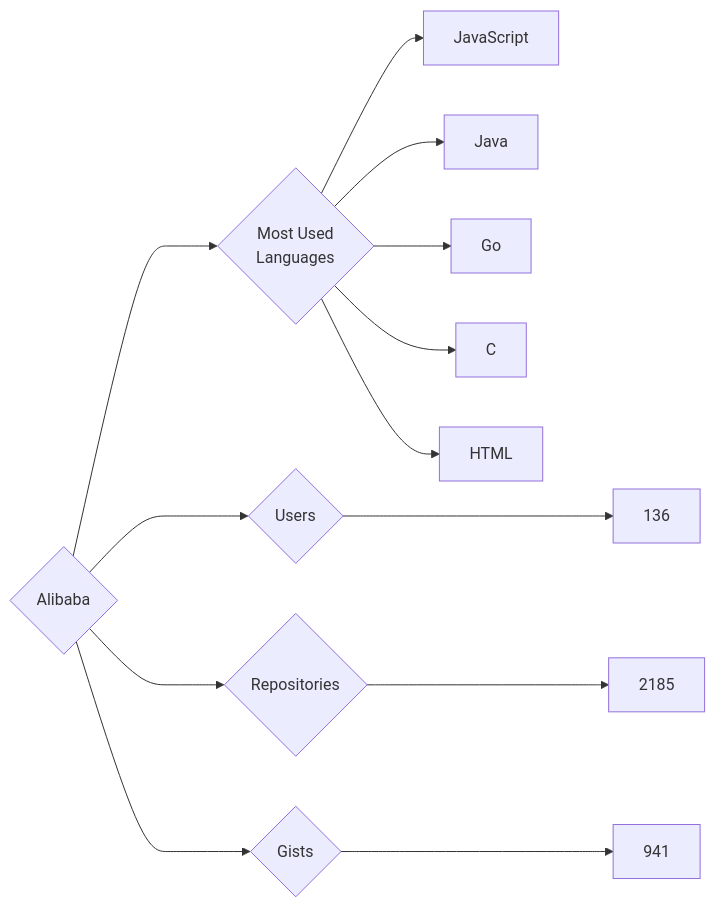
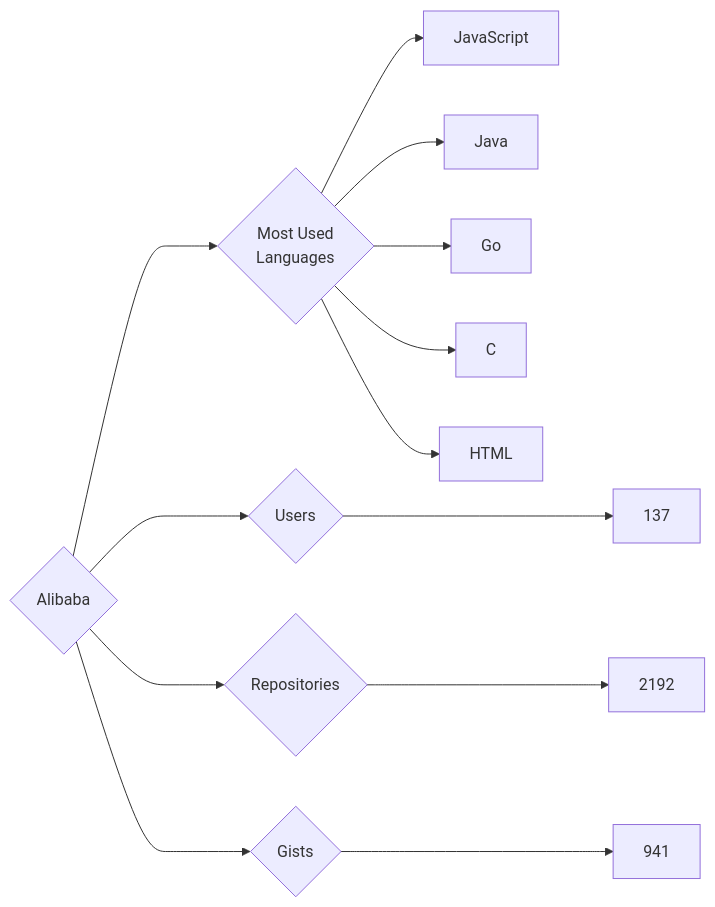
Before and after one commit to trickest/insiders: the diagram in targets/Alibaba/README.md, drawn with Mermaid. The commit also changed 676 other files, not shown here.

````diff
--- a/targets/Alibaba/README.md
+++ b/targets/Alibaba/README.md
@@ -3,13 +3,13 @@
 ```mermaid
 graph LR
 COMPANY_NAME{Alibaba}
-COMPANY_NAME ---> U{Users} ---> UN[136]
-COMPANY_NAME ---> R{Repositories} ---> RN[2185]
+COMPANY_NAME ---> U{Users} ---> UN[137]
+COMPANY_NAME ---> R{Repositories} ---> RN[2192]
 COMPANY_NAME ---> G{Gists} ---> GN[941]
 COMPANY_NAME ---> ML{Most Used<br>Languages}
 ML --> JavaScript[JavaScript]
 ML --> Java[Java]
 ML --> Go[Go]
 ML --> C[C]
 ML --> HTML[HTML]
 ```
````
